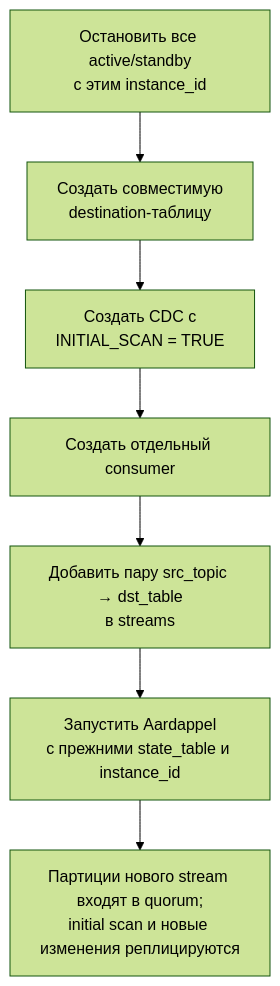
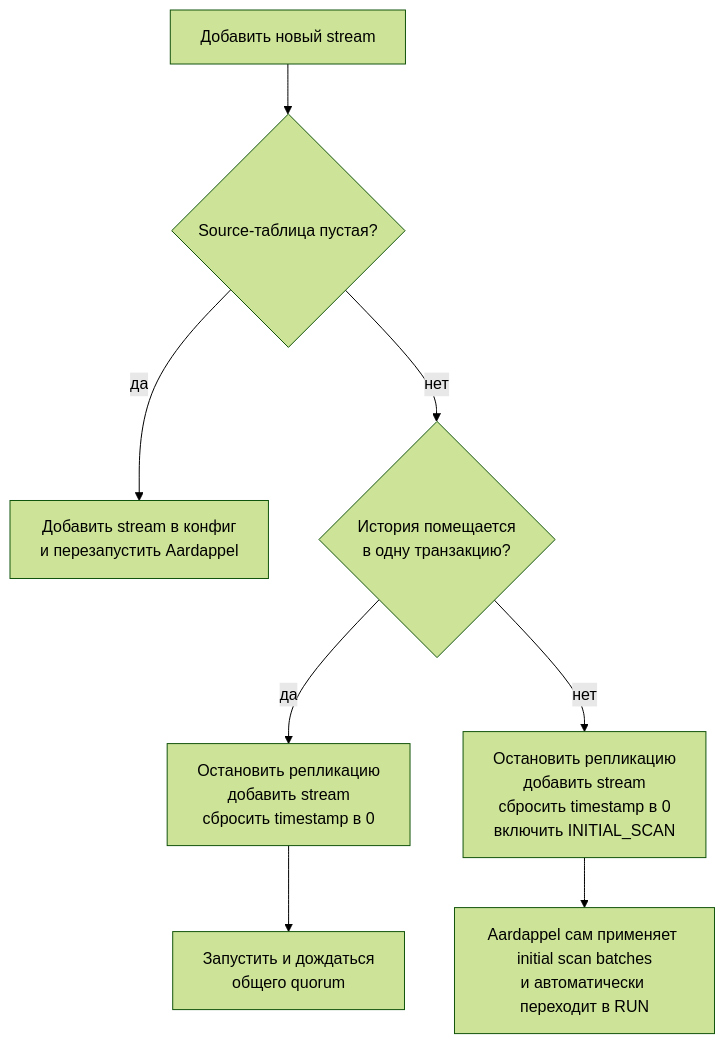
Before and after one commit to ydb-platform/aardappel: the seventh of 8 diagrams in README.md, drawn with Mermaid (forest theme). The commit also changed other lines of this file, not shown here.

````diff
--- a/README.md
+++ b/README.md
@@ -1107,9 +1150,10 @@
 ```mermaid
 flowchart TD
-    A[Остановить все active/standby<br/>с этим instance_id] --> B[Создать совместимую<br/>destination-таблицу]
-    B --> C[Создать CDC с<br/>INITIAL_SCAN = TRUE]
-    C --> D[Создать отдельный consumer]
-    D --> E[Добавить пару src_topic → dst_table<br/>в streams]
-    E --> F[Запустить Aardappel<br/>с прежними state_table и instance_id]
-    F --> G[Партиции нового stream входят в quorum;<br/>initial scan и новые изменения реплицируются]
+    A[Добавить новый stream] --> B{Source-таблица пустая?}
+    B -->|да| C[Добавить stream в конфиг<br/>и перезапустить Aardappel]
+    B -->|нет| D{История помещается<br/>в одну транзакцию?}
+    D -->|да| E[Остановить репликацию<br/>добавить stream<br/>сбросить timestamp в 0]
+    D -->|нет| F[Остановить репликацию<br/>добавить stream<br/>сбросить timestamp в 0<br/>включить INITIAL_SCAN]
+    E --> G[Запустить и дождаться<br/>общего quorum]
+    F --> H[Aardappel сам применяет initial scan batches<br/>и автоматически переходит в RUN]
 ```
````
